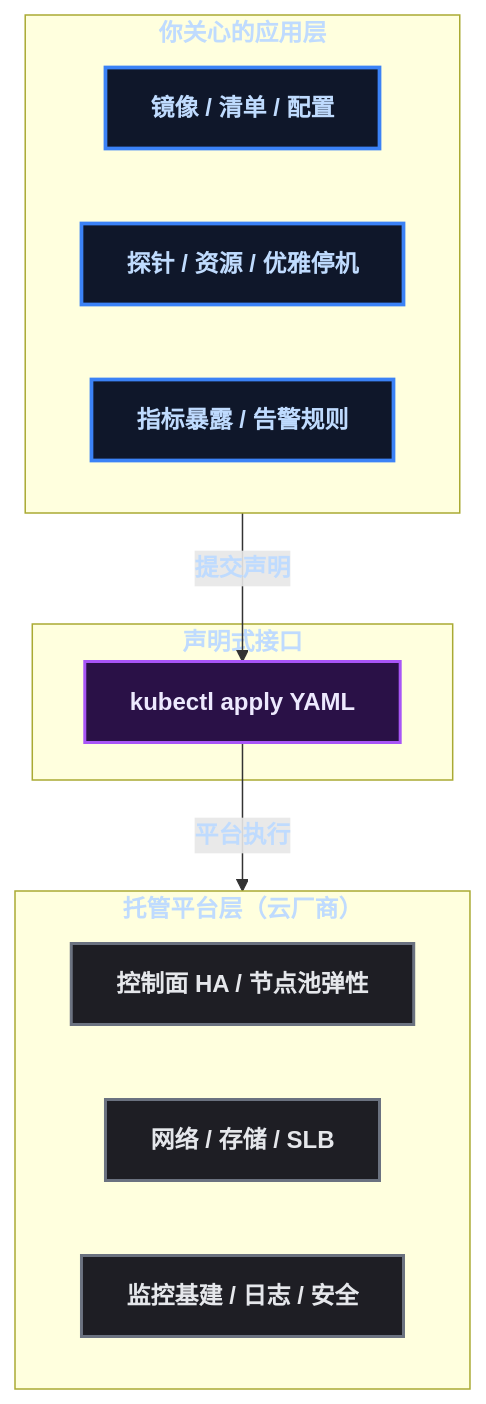
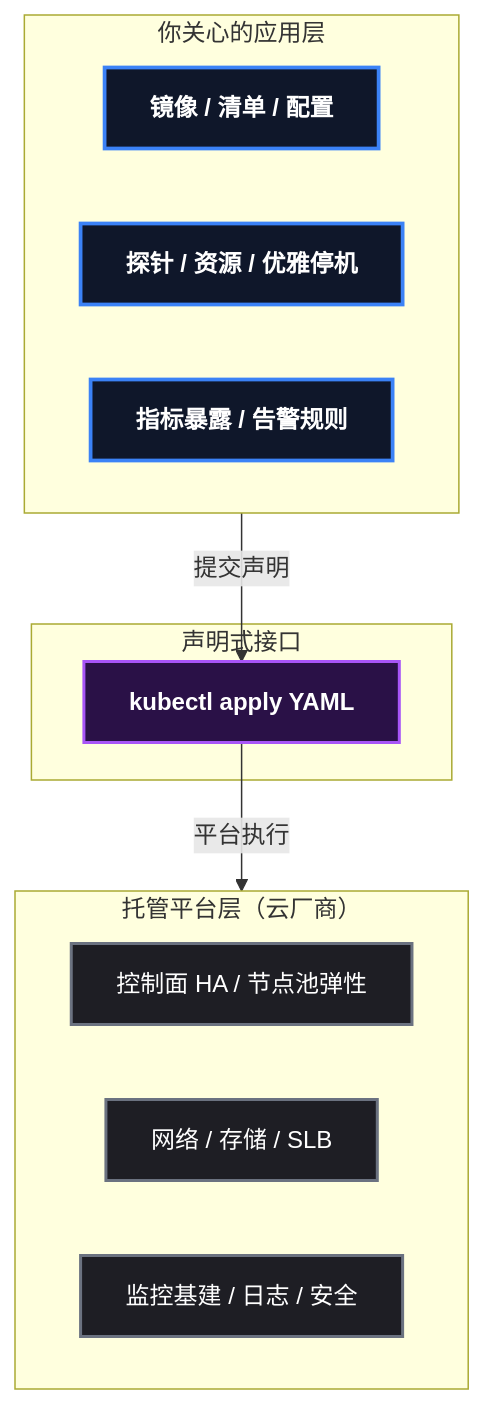
One commit to yaocat55/yaocat55.github.io changed the first of 2 diagrams in content/posts/kubernetes/JavaDeveloperK8sChecklist.md. Above: the diagram before and after it, drawn with Mermaid. The commit also changed other lines of this file and 27 other files, not shown here.

Commit message:
docs: 全系列 93 张 Mermaid 图 classDef 改为 style 强制深底白字(修复部分渲染器白底浅字)+历史文件格式清理

````diff
--- a/content/posts/kubernetes/JavaDeveloperK8sChecklist.md
+++ b/content/posts/kubernetes/JavaDeveloperK8sChecklist.md
@@ -83,28 +83,28 @@
 ```mermaid
 %% 云托管时代的职责分层: 你管应用声明, 平台管集群运转
 flowchart TD
-    classDef root fill:#0f172a,stroke:#3b82f6,stroke-width:2.5px,color:#bfdbfe,font-weight:bold;
-    classDef condition fill:#2a1147,stroke:#a855f7,stroke-width:2px,color:#ede9fe,font-weight:bold;
-    classDef process fill:#1e1e24,stroke:#6b7280,stroke-width:2px,color:#e5e7eb;
 
     subgraph APP["你关心的应用层"]
         A1["镜像 / 清单 / 配置"]
         A2["探针 / 资源 / 优雅停机"]
         A3["指标暴露 / 告警规则"]
     end
     subgraph IF["声明式接口"]
         I1["kubectl apply YAML"]
     end
     subgraph PLAT["托管平台层（云厂商）"]
         P1["控制面 HA / 节点池弹性"]
         P2["网络 / 存储 / SLB"]
         P3["监控基建 / 日志 / 安全"]
     end
 
     APP -->|"提交声明"| I1
     I1 -->|"平台执行"| PLAT
-
-    class A1,A2,A3 root;
-    class I1 condition;
-    class P1,P2,P3 process;
+    style A1 fill:#0f172a,stroke:#3b82f6,stroke-width:2.5px,color:#ffffff,font-weight:bold
+    style A2 fill:#0f172a,stroke:#3b82f6,stroke-width:2.5px,color:#ffffff,font-weight:bold
+    style A3 fill:#0f172a,stroke:#3b82f6,stroke-width:2.5px,color:#ffffff,font-weight:bold
+    style I1 fill:#2a1147,stroke:#a855f7,stroke-width:2px,color:#ffffff,font-weight:bold
+    style P1 fill:#1e1e24,stroke:#6b7280,stroke-width:2px,color:#ffffff
+    style P2 fill:#1e1e24,stroke:#6b7280,stroke-width:2px,color:#ffffff
+    style P3 fill:#1e1e24,stroke:#6b7280,stroke-width:2px,color:#ffffff
 ```
````
